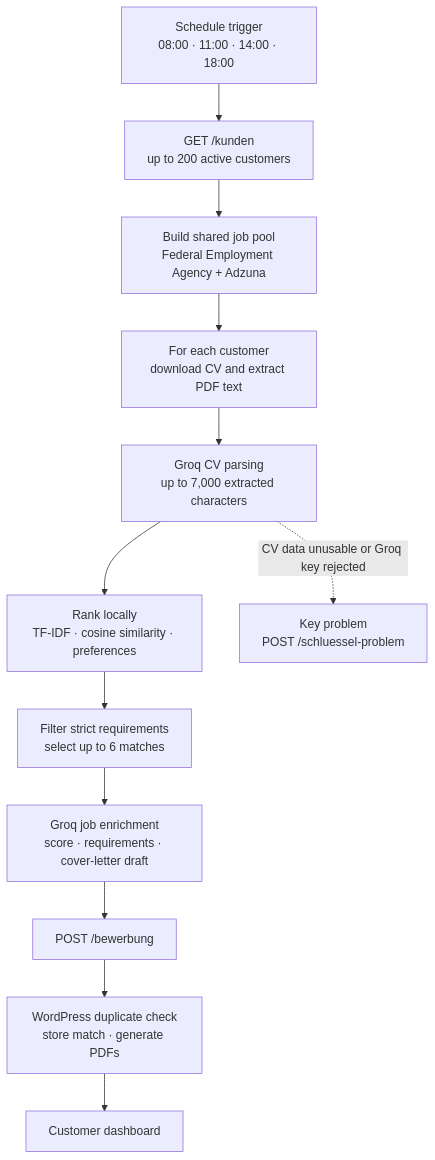
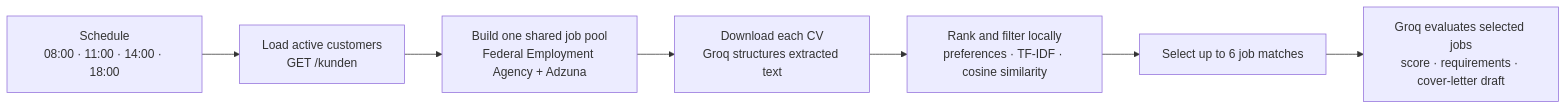
Before and after one commit to 3mothman/auto-job-search: the fourth of 5 diagrams in ARCHITECTURE.md, drawn with Mermaid. The commit also changed other lines of this file, not shown here.

Commit message:
docs: replace sequence with C4 architecture views

````diff
--- a/ARCHITECTURE.md
+++ b/ARCHITECTURE.md
@@ -95,18 +108,12 @@
 ```mermaid
-flowchart TD
-    S["Schedule trigger<br/>08:00 · 11:00 · 14:00 · 18:00"]
-    C["GET /kunden<br/>up to 200 active customers"]
-    P["Build shared job pool<br/>Federal Employment Agency + Adzuna"]
-    L["For each customer<br/>download CV and extract PDF text"]
-    X["Groq CV parsing<br/>up to 7,000 extracted characters"]
-    R["Rank locally<br/>TF-IDF · cosine similarity · preferences"]
-    F["Filter strict requirements<br/>select up to 6 matches"]
-    G["Groq job enrichment<br/>score · requirements · cover-letter draft"]
-    W["POST /bewerbung"]
-    D["WordPress duplicate check<br/>store match · generate PDFs"]
-    V["Customer dashboard"]
-    E["Key problem<br/>POST /schluessel-problem"]
+flowchart LR
+    Schedule["Schedule<br/>08:00 · 11:00 · 14:00 · 18:00"]
+    Customers["Load active customers<br/>GET /kunden"]
+    Pool["Build one shared job pool<br/>Federal Employment Agency + Adzuna"]
+    CV["Download each CV<br/>Groq structures extracted text"]
+    Rank["Rank and filter locally<br/>preferences · TF-IDF · cosine similarity"]
+    Select["Select up to 6 job matches"]
+    Enrich["Groq evaluates selected jobs<br/>score · requirements · cover-letter draft"]
 
-    S --> C --> P --> L --> X --> R --> F --> G --> W --> D --> V
-    X -. "CV data unusable or Groq key rejected" .-> E
+    Schedule --> Customers --> Pool --> CV --> Rank --> Select --> Enrich
 ```
````
